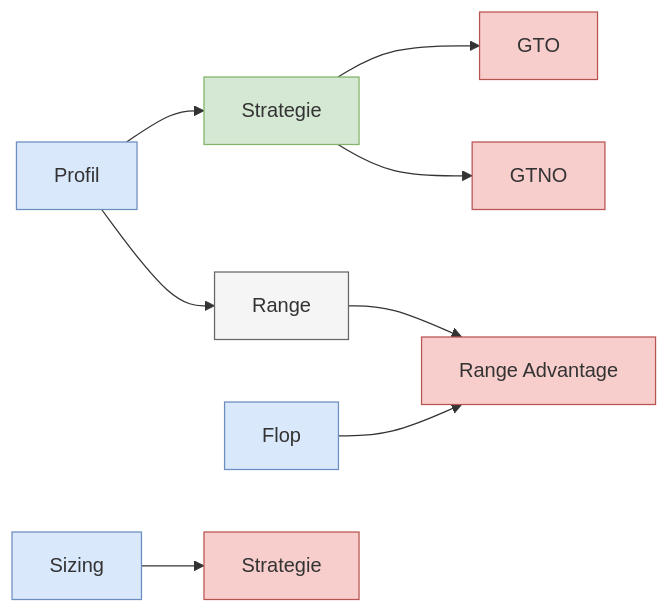
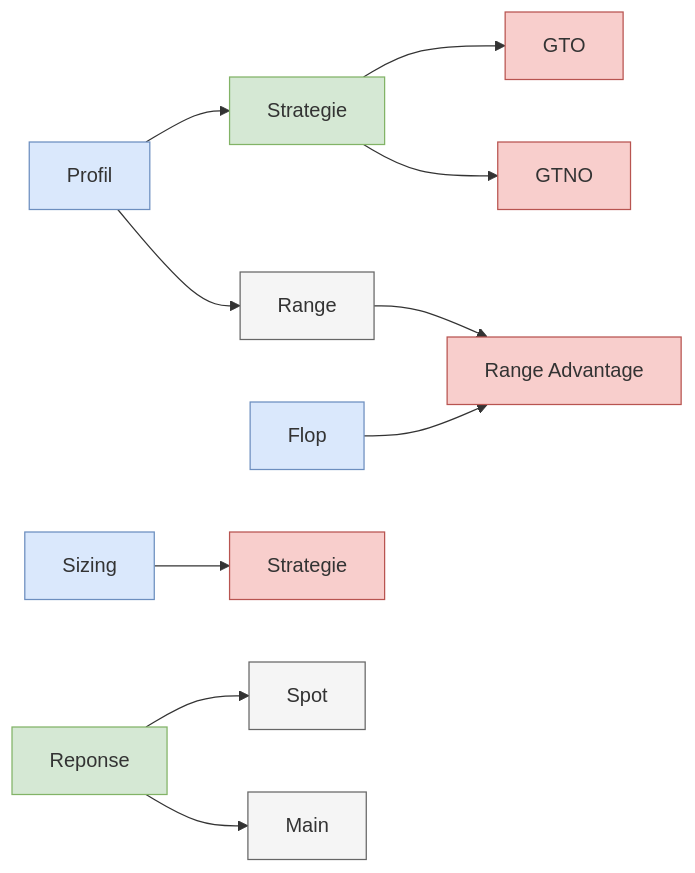
Before and after one commit to greglejeune/blog: the diagram in _posts/2020-01-23-thinking-process.md, drawn with Mermaid.

```diff
--- a/_posts/2020-01-23-thinking-process.md
+++ b/_posts/2020-01-23-thinking-process.md
@@ -22,19 +22,24 @@
   <div class="mermaid">
     graph LR
       Profil --> Strategie
       Strategie --> GTO
       Strategie --> GTNO
       Profil --> Range
       Range --> R[Range Advantage]
       Flop --> R[Range Advantage]
       Sizing --> S[Strategie]
+      Reponse --> Spot
+      Reponse --> Main
       style Profil fill:#dae8fc,stroke:#6c8ebf,stroke-width:1px
       style Flop fill:#dae8fc,stroke:#6c8ebf,stroke-width:1px
       style Sizing fill:#dae8fc,stroke:#6c8ebf,stroke-width:1px
       style Strategie fill:#d5e8d4,stroke:#82b366,stroke-width:1px
+      style Reponse fill:#d5e8d4,stroke:#82b366,stroke-width:1px
       style Range fill:#f5f5f5,stroke:#666666,stroke-width:1px
+      style Spot fill:#f5f5f5,stroke:#666666,stroke-width:1px
+      style Main fill:#f5f5f5,stroke:#666666,stroke-width:1px
       style GTO fill:#f8cecc,stroke:#b85450,stroke-width:1px
       style GTNO fill:#f8cecc,stroke:#b85450,stroke-width:1px
       style R fill:#f8cecc,stroke:#b85450,stroke-width:1px
       style S fill:#f8cecc,stroke:#b85450,stroke-width:1px
   </div>
```
